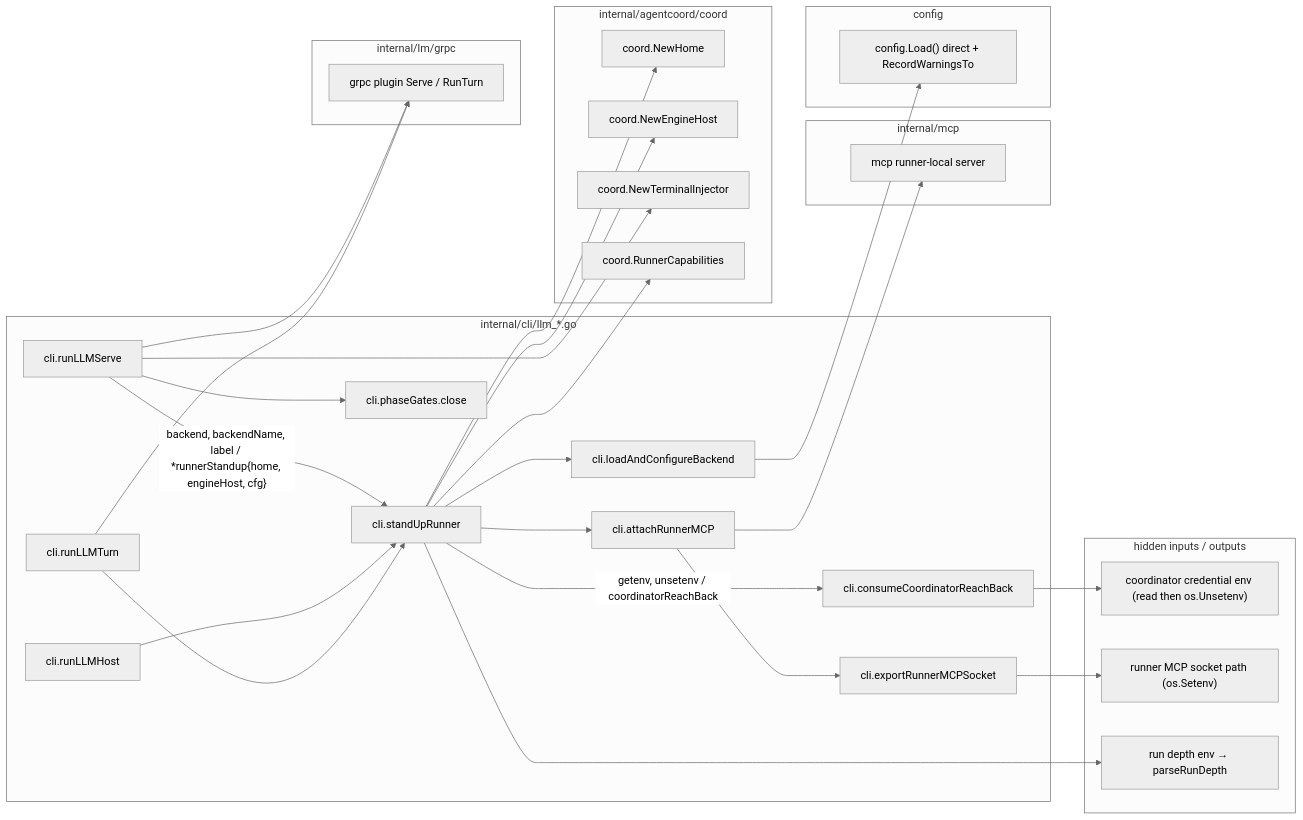
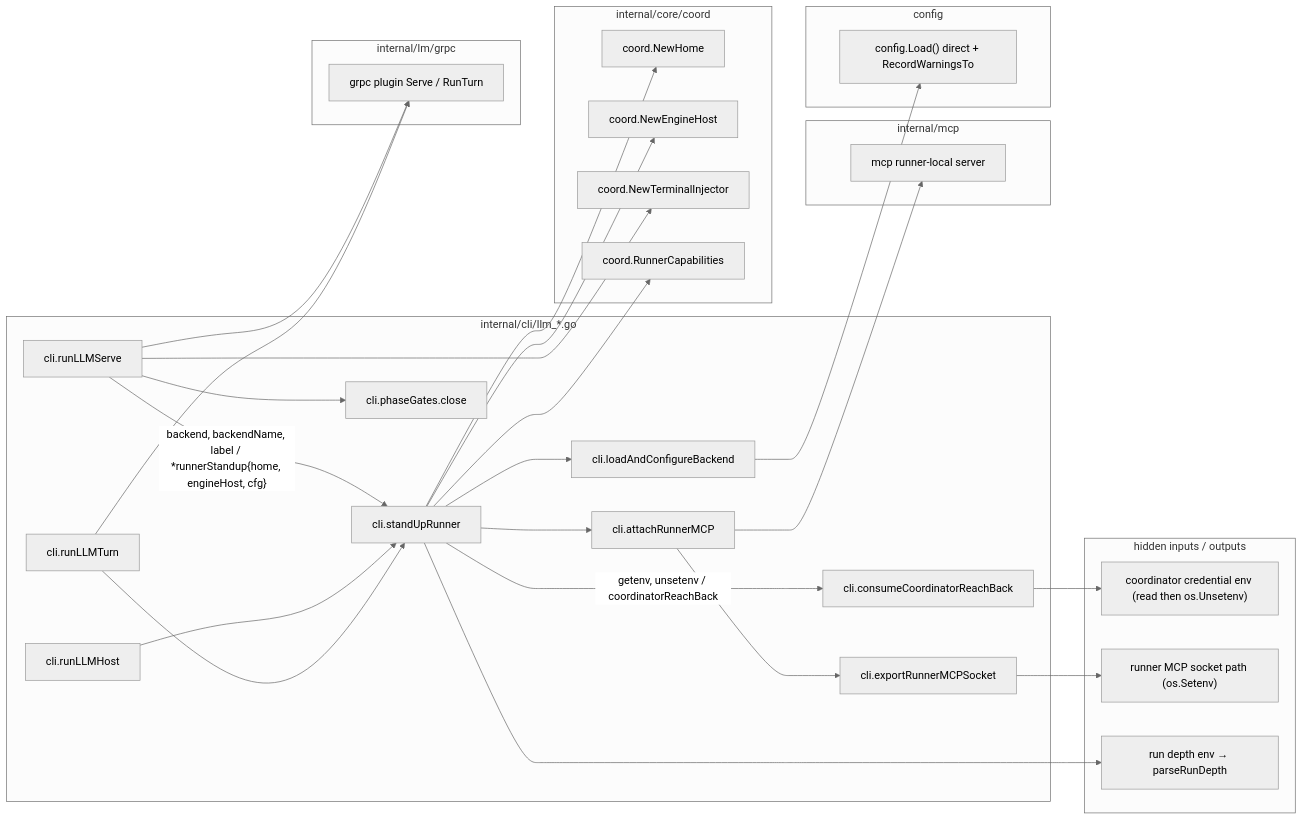
One commit to ctxloom/ctxloom changed the sixth of 10 diagrams in docs/architecture/audit-2026-09-18/06-cli-operations.md. Above: the diagram before and after it, drawn with Mermaid (neutral theme). The commit also changed other lines of this file and 1836 other files, not shown here.

First line of the commit message:
refactor(arch): move the core ring into internal/core

````diff
--- a/docs/architecture/audit-2026-09-18/06-cli-operations.md
+++ b/docs/architecture/audit-2026-09-18/06-cli-operations.md
@@ -377,51 +377,51 @@
 ```mermaid
 flowchart LR
   subgraph cli["internal/cli/llm_*.go"]
     LSV["cli.runLLMServe"]
     LHO["cli.runLLMHost"]
     LTU["cli.runLLMTurn"]
     SUR["cli.standUpRunner"]
     LCB["cli.loadAndConfigureBackend"]
     ARM["cli.attachRunnerMCP"]
     CRB["cli.consumeCoordinatorReachBack"]
     EXP["cli.exportRunnerMCPSocket"]
     GATE["cli.phaseGates.close"]
   end
-  subgraph coord["internal/agentcoord/coord"]
+  subgraph coord["internal/core/coord"]
     HOME["coord.NewHome"]
     EH["coord.NewEngineHost"]
     TI["coord.NewTerminalInjector"]
     CAP["coord.RunnerCapabilities"]
   end
   subgraph mcpp["internal/mcp"]
     RMCP["mcp runner-local server"]
   end
   subgraph cfg["config"]
     CL["config.Load() direct + RecordWarningsTo"]
   end
   subgraph env["hidden inputs / outputs"]
     CRED["coordinator credential env (read then os.Unsetenv)"]
     SOCK["runner MCP socket path (os.Setenv)"]
     DEPTH["run depth env → parseRunDepth"]
   end
   subgraph grpc["internal/lm/grpc"]
     SERVE["grpc plugin Serve / RunTurn"]
   end
 
   LSV --> GATE
   LSV -- "backend, backendName, label / *runnerStandup{home, engineHost, cfg}" --> SUR
   LHO --> SUR
   LTU --> SUR
   SUR --> LCB --> CL
   SUR -- "getenv, unsetenv / coordinatorReachBack" --> CRB
   CRB --> CRED
   SUR --> HOME
   SUR --> EH
   SUR --> CAP
   SUR --> ARM --> RMCP
   ARM --> EXP --> SOCK
   SUR --> DEPTH
   LSV --> TI
   LSV --> SERVE
   LTU --> SERVE
 ```
````
